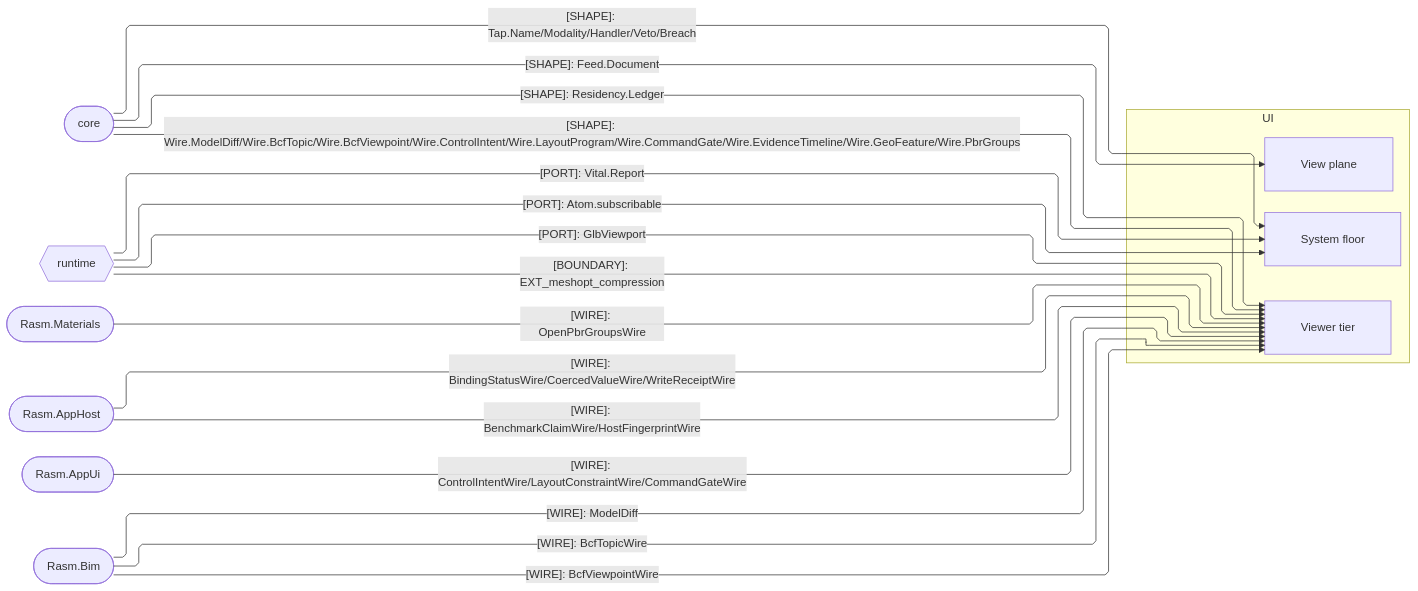
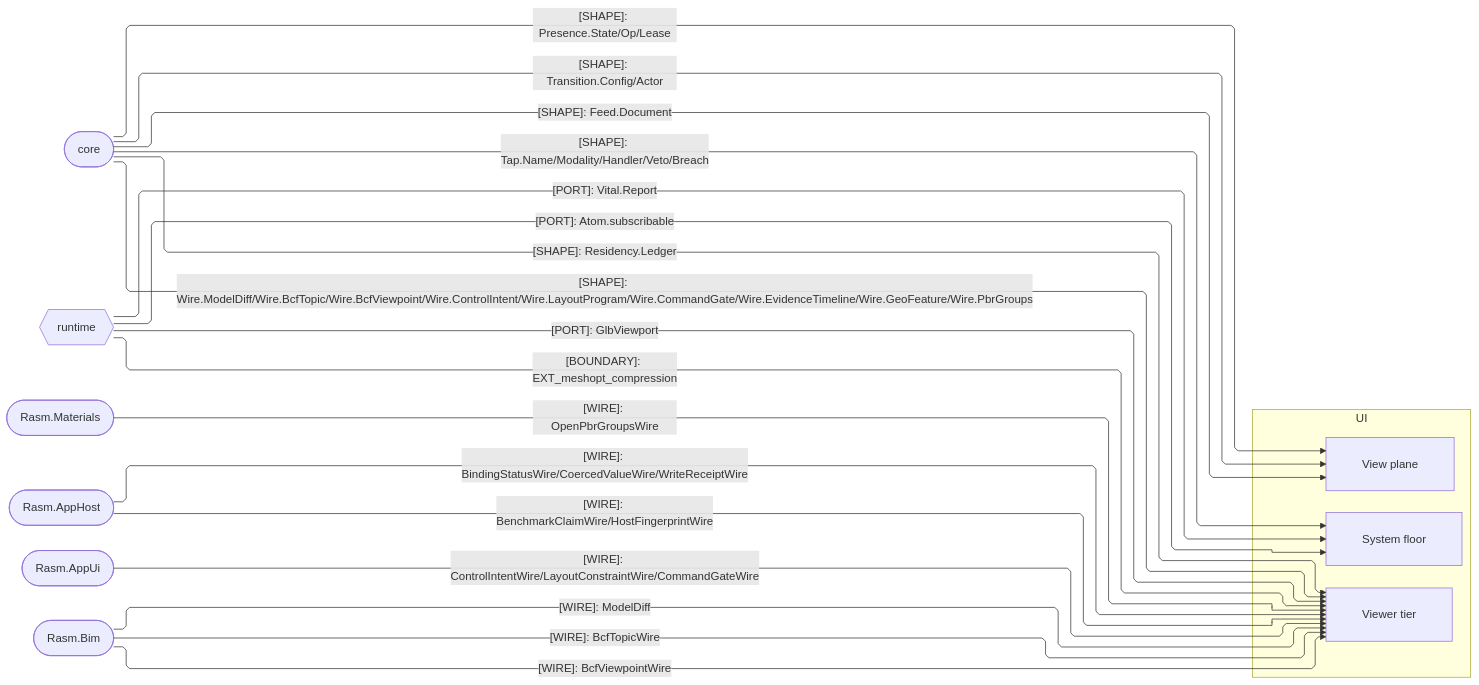
One commit to bsamiee/Rasm changed the second of 3 diagrams in libs/typescript/ui/ARCHITECTURE.md. Above: the diagram before and after it, drawn with Mermaid. The commit also changed other lines of this file and 44 other files, not shown here.

````diff
--- a/libs/typescript/ui/ARCHITECTURE.md
+++ b/libs/typescript/ui/ARCHITECTURE.md
@@ -91,38 +101,40 @@
 ```mermaid
 ---
 config:
   layout: elk
   flowchart:
     curve: linear
     padding: 25
 ---
 flowchart LR
     accTitle: UI package seam registry
     accDescr: UI owners exchanging value, wire, port, and receipt contracts with core, runtime, and the C# packages; nodes classed by direction.
     subgraph ui[UI]
         System[System floor]
         View[View plane]
         Viewer[Viewer tier]
     end
     Core([core])
     Runtime{{runtime}}
     Materials([Rasm.Materials])
     AppHost([Rasm.AppHost])
     AppUi([Rasm.AppUi])
     Bim([Rasm.Bim])
     Core e1@-->|"[SHAPE]: Feed.Document"| View
+    Core e18@-->|"[SHAPE]: Transition.Config/Actor"| View
+    Core e19@-->|"[SHAPE]: Presence.State/Op/Lease"| View
     Core e12@-->|"[SHAPE]: Residency.Ledger"| Viewer
     Core e16@-->|"[SHAPE]: Wire.ModelDiff/Wire.BcfTopic/Wire.BcfViewpoint/Wire.ControlIntent/Wire.LayoutProgram/Wire.CommandGate/Wire.EvidenceTimeline/Wire.GeoFeature/Wire.PbrGroups"| Viewer
     Runtime e2@-->|"[PORT]: Atom.subscribable"| System
     Runtime e3@-->|"[PORT]: GlbViewport"| Viewer
     Runtime e17@-->|"[PORT]: Vital.Report"| System
     Runtime e4@-->|"[BOUNDARY]: EXT_meshopt_compression"| Viewer
     Materials e5@-->|"[WIRE]: OpenPbrGroupsWire"| Viewer
     AppHost e6@-->|"[WIRE]: BindingStatusWire/CoercedValueWire/WriteReceiptWire"| Viewer
     AppHost e13@-->|"[WIRE]: BenchmarkClaimWire/HostFingerprintWire"| Viewer
     AppUi e7@-->|"[WIRE]: ControlIntentWire/LayoutConstraintWire/CommandGateWire"| Viewer
     Bim e9@-->|"[WIRE]: BcfTopicWire"| Viewer
     Bim e10@-->|"[WIRE]: BcfViewpointWire"| Viewer
     Bim e11@-->|"[WIRE]: ModelDiff"| Viewer
     Core e15@-->|"[SHAPE]: Tap.Name/Modality/Handler/Veto/Breach"| System
 ```
````
